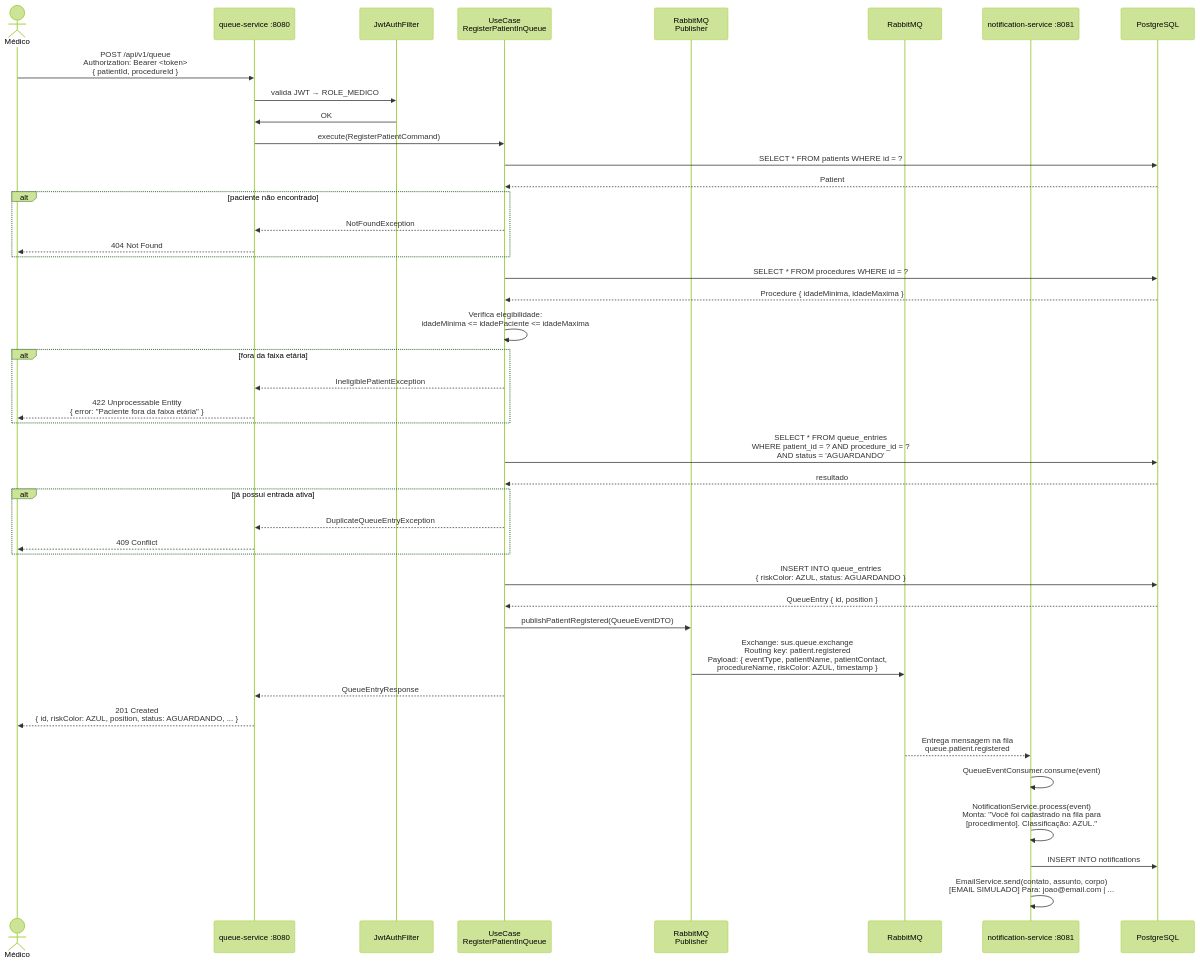
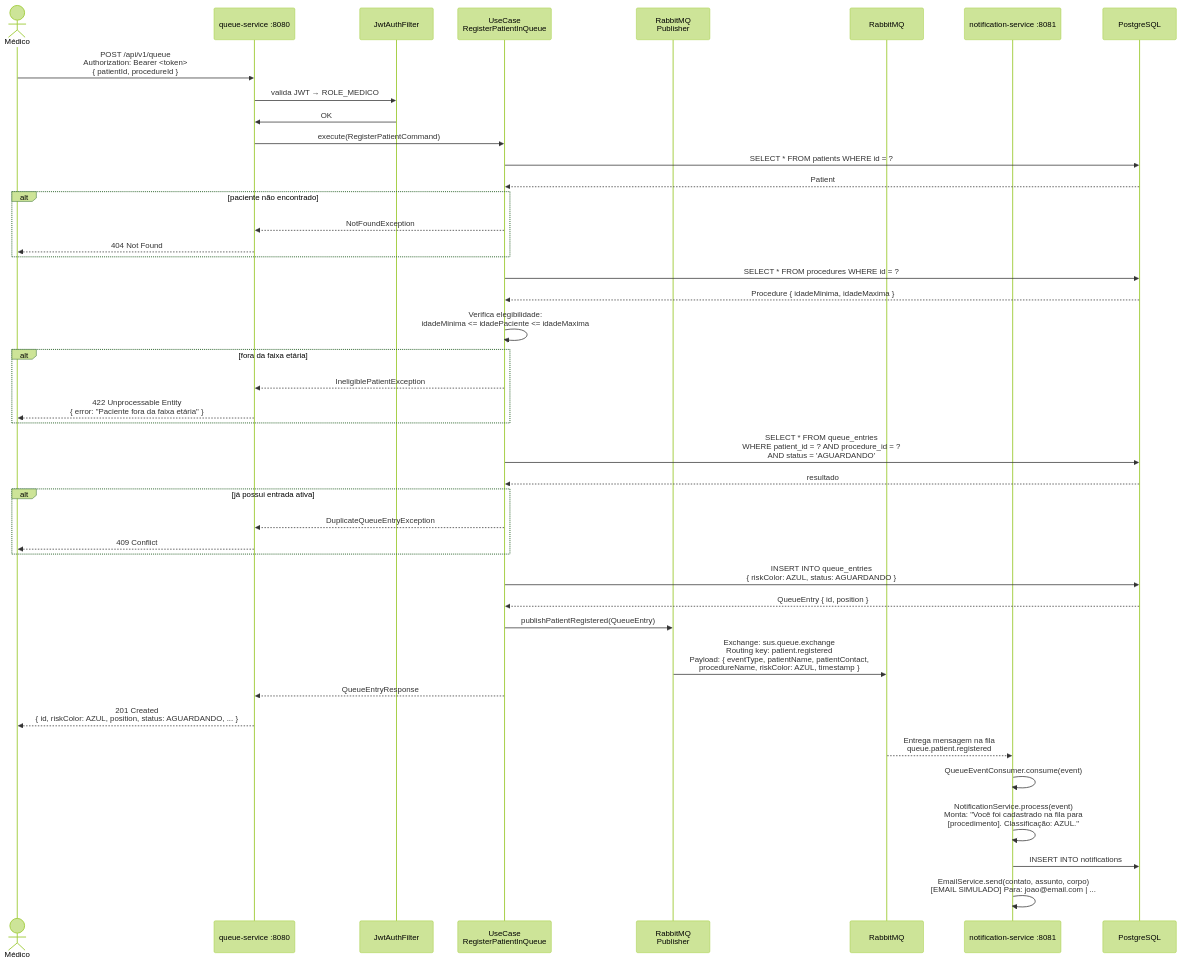
The fourth of 13 diagrams in docs/sequencias-diagrama.md (LucasBruner/Morbus), drawn with Mermaid (forest theme) before and after one commit. The commit also changed other lines of this file and 15 other files, not shown here.

````diff
--- a/docs/sequencias-diagrama.md
+++ b/docs/sequencias-diagrama.md
@@ -128,60 +128,60 @@
 ```mermaid
 sequenceDiagram
     actor Medico as Médico
     participant QS as queue-service :8080
     participant Filter as JwtAuthFilter
     participant UC as UseCase<br/>RegisterPatientInQueue
     participant Publisher as RabbitMQ<br/>Publisher
     participant MQ as RabbitMQ
     participant NS as notification-service :8081
     participant DB as PostgreSQL
 
     Medico->>QS: POST /api/v1/queue<br/>Authorization: Bearer <token><br/>{ patientId, procedureId }
 
     QS->>Filter: valida JWT → ROLE_MEDICO
     Filter->>QS: OK
 
     QS->>UC: execute(RegisterPatientCommand)
 
     UC->>DB: SELECT * FROM patients WHERE id = ?
     DB-->>UC: Patient
 
     alt paciente não encontrado
         UC-->>QS: NotFoundException
         QS-->>Medico: 404 Not Found
     end
 
     UC->>DB: SELECT * FROM procedures WHERE id = ?
     DB-->>UC: Procedure { idadeMinima, idadeMaxima }
 
     UC->>UC: Verifica elegibilidade:<br/>idadeMinima <= idadePaciente <= idadeMaxima
 
     alt fora da faixa etária
         UC-->>QS: IneligiblePatientException
         QS-->>Medico: 422 Unprocessable Entity<br/>{ error: "Paciente fora da faixa etária" }
     end
 
     UC->>DB: SELECT * FROM queue_entries<br/>WHERE patient_id = ? AND procedure_id = ?<br/>AND status = 'AGUARDANDO'
     DB-->>UC: resultado
 
     alt já possui entrada ativa
         UC-->>QS: DuplicateQueueEntryException
         QS-->>Medico: 409 Conflict
     end
 
     UC->>DB: INSERT INTO queue_entries<br/>{ riskColor: AZUL, status: AGUARDANDO }
     DB-->>UC: QueueEntry { id, position }
 
-    UC->>Publisher: publishPatientRegistered(QueueEventDTO)
+    UC->>Publisher: publishPatientRegistered(QueueEntry)
     Publisher->>MQ: Exchange: sus.queue.exchange<br/>Routing key: patient.registered<br/>Payload: { eventType, patientName, patientContact,<br/>procedureName, riskColor: AZUL, timestamp }
 
     UC-->>QS: QueueEntryResponse
     QS-->>Medico: 201 Created<br/>{ id, riskColor: AZUL, position, status: AGUARDANDO, ... }
 
     MQ-->>NS: Entrega mensagem na fila<br/>queue.patient.registered
 
     NS->>NS: QueueEventConsumer.consume(event)
     NS->>NS: NotificationService.process(event)<br/>Monta: "Você foi cadastrado na fila para<br/>[procedimento]. Classificação: AZUL."
     NS->>DB: INSERT INTO notifications
     NS->>NS: EmailService.send(contato, assunto, corpo)<br/>[EMAIL SIMULADO] Para: joao@email.com | ...
 ```
````
